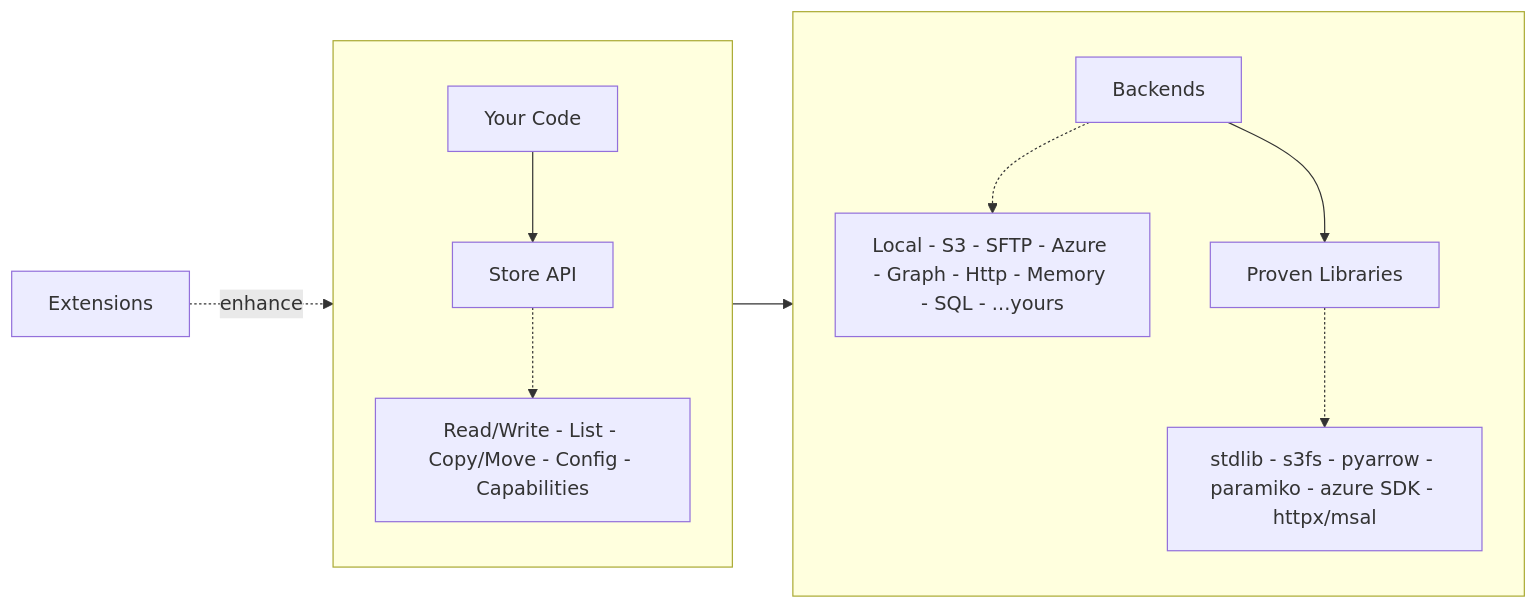
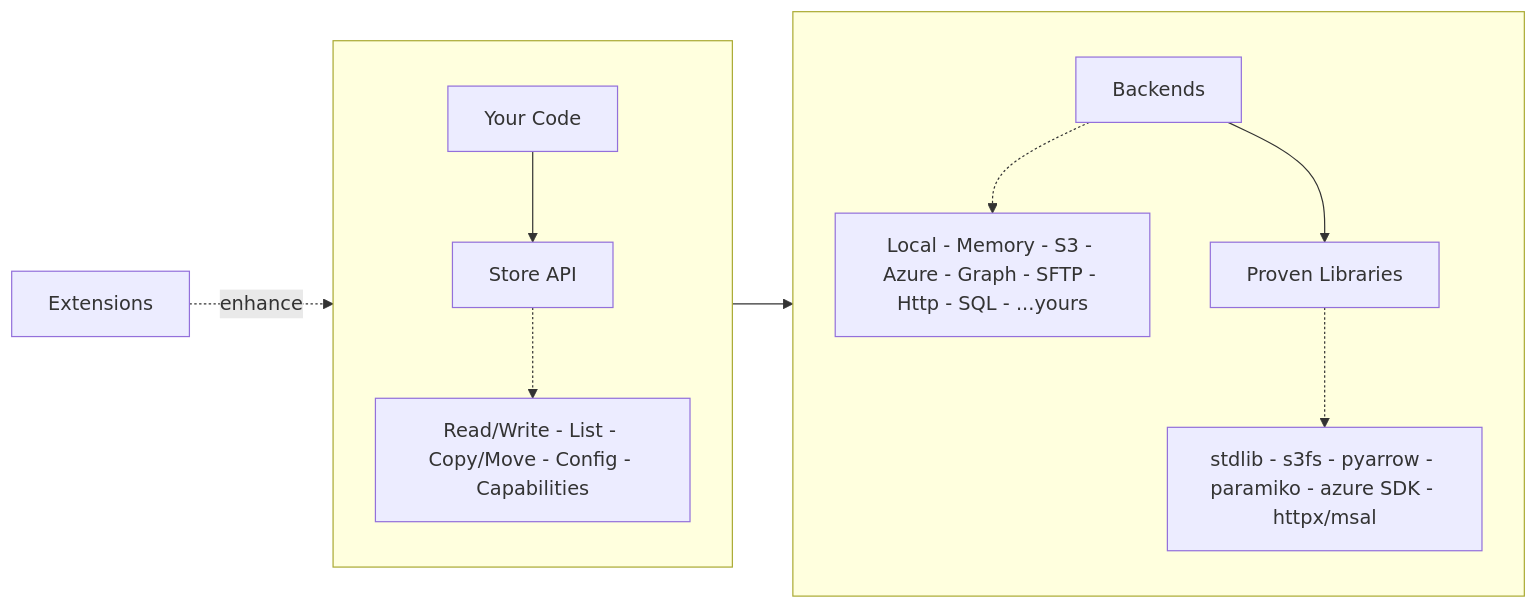
Before and after one commit to haalfi/remote-store: the diagram in docs-src/index.md, drawn with Mermaid. The commit also changed 22 other files, not shown here.

````diff
--- a/docs-src/index.md
+++ b/docs-src/index.md
@@ -19,27 +19,27 @@
 ```mermaid
 flowchart LR
     Ext["Extensions"]
 
     subgraph CORE[" "]
         direction TB
         API["Your Code"]
         Store["Store API"]
         Methods["Read/Write - List - Copy/Move - Config - Capabilities"]
         API --> Store
         Store -.-> Methods
     end
 
     subgraph INFRA[" "]
         direction TB
         Backends["Backends"]
-        B_list["Local - S3 - SFTP - Azure - Graph - Http - Memory - SQL - ...yours"]
+        B_list["Local - Memory - S3 - Azure - Graph - SFTP - Http - SQL - ...yours"]
         Libs["Proven Libraries"]
         L_list["stdlib - s3fs - pyarrow - paramiko - azure SDK - httpx/msal"]
         Backends -.-> B_list
         Backends --> Libs
         Libs -.-> L_list
     end
 
     Ext -. enhance .-> CORE
     CORE --> INFRA
 ```
````
